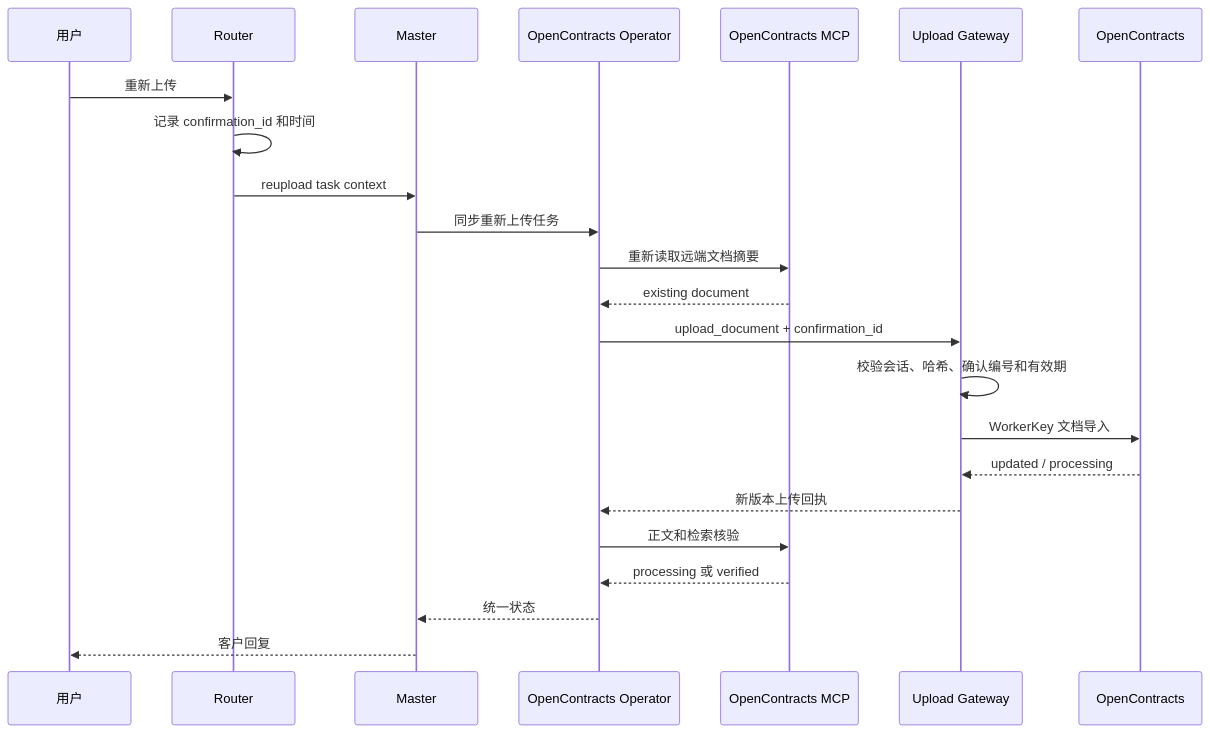
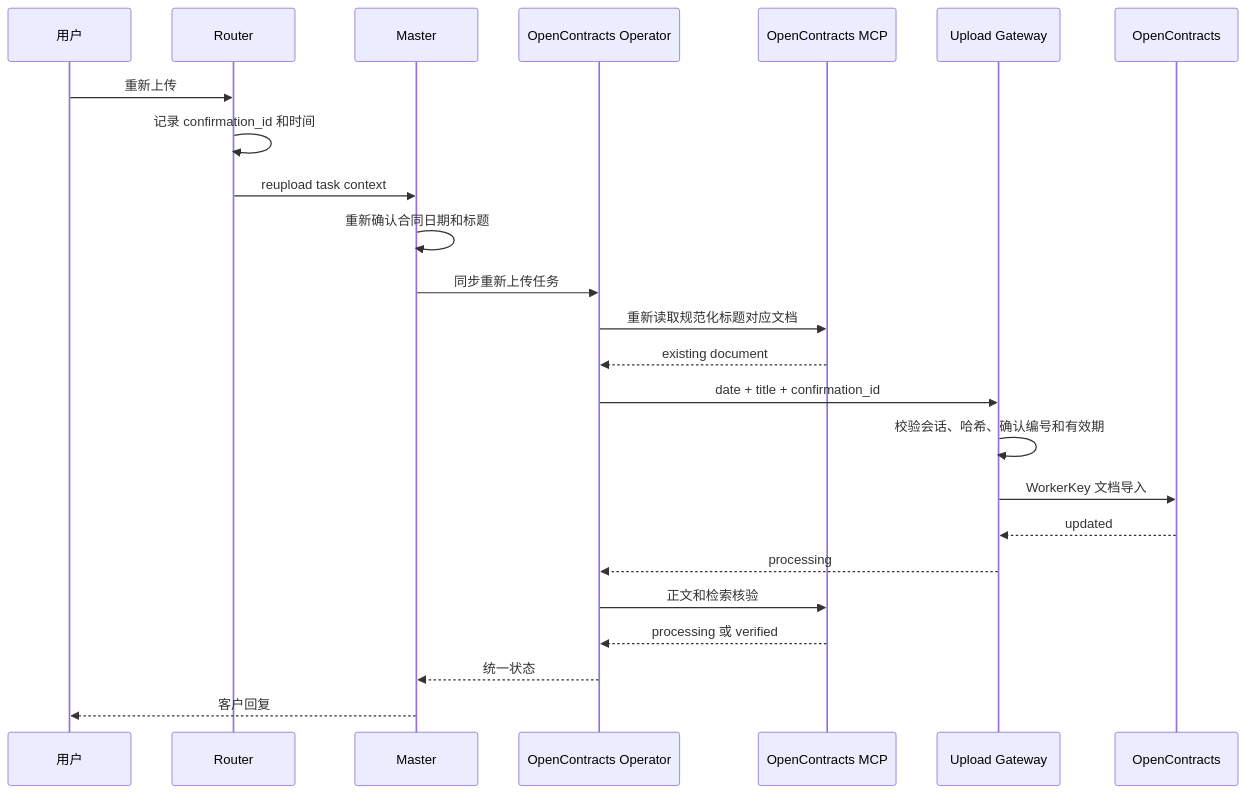
The third of 5 diagrams in docs/architecture/upload-sequence.md (Ri0n72Y/ContractBotConfig), drawn with Mermaid before and after one commit. The commit also changed other lines of this file, not shown here.

Commit message:
docs: add canonical identity and uncertain commit flow

````diff
--- a/docs/architecture/upload-sequence.md
+++ b/docs/architecture/upload-sequence.md
@@ -62,26 +64,27 @@
 ```mermaid
 sequenceDiagram
     participant U as 用户
     participant R as Router
     participant M as Master
     participant O as OpenContracts Operator
     participant MCP as OpenContracts MCP
     participant G as Upload Gateway
     participant OC as OpenContracts
 
     U->>R: 重新上传
     R->>R: 记录 confirmation_id 和时间
     R->>M: reupload task context
+    M->>M: 重新确认合同日期和标题
     M->>O: 同步重新上传任务
-    O->>MCP: 重新读取远端文档摘要
+    O->>MCP: 重新读取规范化标题对应文档
     MCP-->>O: existing document
-    O->>G: upload_document + confirmation_id
+    O->>G: date + title + confirmation_id
     G->>G: 校验会话、哈希、确认编号和有效期
     G->>OC: WorkerKey 文档导入
-    OC-->>G: updated / processing
-    G-->>O: 新版本上传回执
+    OC-->>G: updated
+    G-->>O: processing
     O->>MCP: 正文和检索核验
     MCP-->>O: processing 或 verified
     O-->>M: 统一状态
     M-->>U: 客户回复
 ```
````
